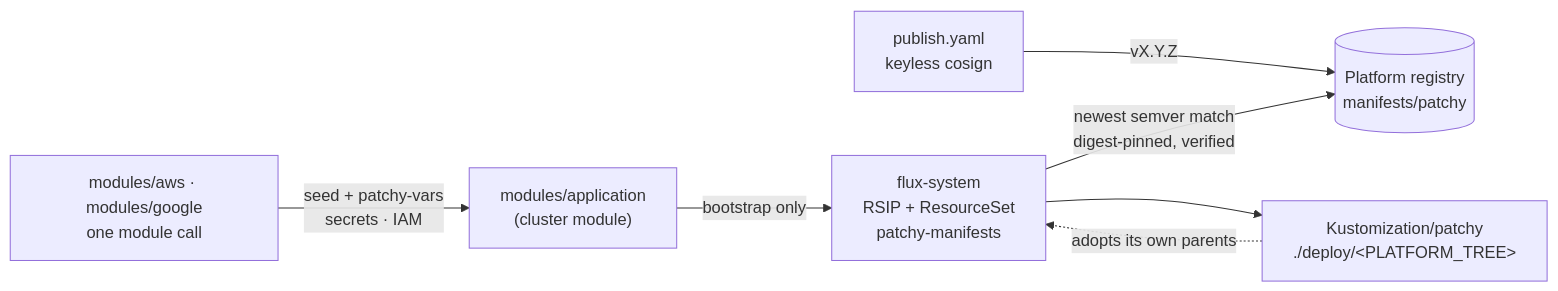
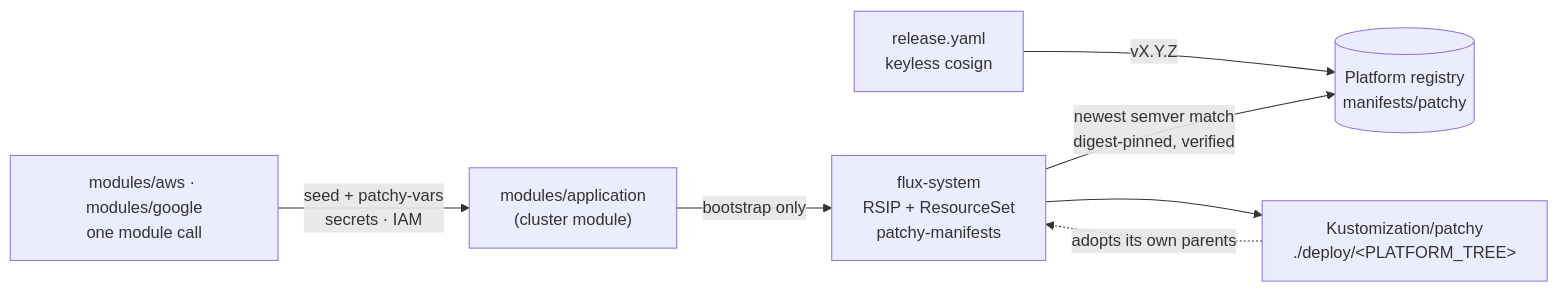
The diagram in docs/getting-started/index.md (bitwise-media-group/patchy-app-manifests), drawn with Mermaid before and after one commit. The commit also changed other lines of this file and 32 other files, not shown here.

````diff
--- a/docs/getting-started/index.md
+++ b/docs/getting-started/index.md
@@ -25,15 +25,15 @@
 ```mermaid
 flowchart LR
   tf["modules/aws · modules/google<br/>one module call"]
   app["modules/application<br/>(cluster module)"]
   img[("Platform registry<br/>manifests/patchy")]
   flux["flux-system<br/>RSIP + ResourceSet<br/>patchy-manifests"]
   ks["Kustomization/patchy<br/>./deploy/&lt;PLATFORM_TREE&gt;"]
-  ci["publish.yaml<br/>keyless cosign"]
+  ci["release.yaml<br/>keyless cosign"]
   tf -- "seed + patchy-vars<br/>secrets · IAM" --> app
   app -- "bootstrap only" --> flux
   ci -- "vX.Y.Z" --> img
   flux -- "newest semver match<br/>digest-pinned, verified" --> img
   flux --> ks
   ks -. "adopts its own parents" .-> flux
 ```
````
